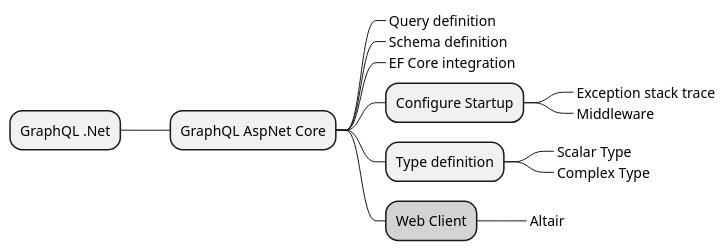
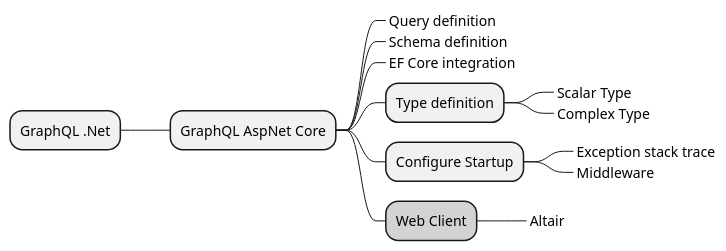
One commit to diplomegalo/roadmap changed the diagram in diagram/thèmes/graphql.puml. Above: the diagram before and after it, drawn with PlantUML. The commit also changed other lines of this file, not shown here.

Commit message:
complex type

```diff
--- a/diagram/thèmes/graphql.puml
+++ b/diagram/thèmes/graphql.puml
@@ -1,23 +1,23 @@
 @startmindmap
 * GraphQL .Net
 
 ** GraphQL AspNet Core
 
 ***_ Query definition 
 ***_ Schema definition
 ***_ EF Core integration
 
+*** Type definition
+
+****_ Scalar Type
+****_ Complex Type
+
 *** Configure Startup
 
 ****_ Exception stack trace
 ****_ Middleware
 
-*** Type definition
-
-****_ Scalar Type
-****_ Complex Type
-
 ***[#lightgrey] Web Client
 
 ****_ Altair
 @endmindmap
```
